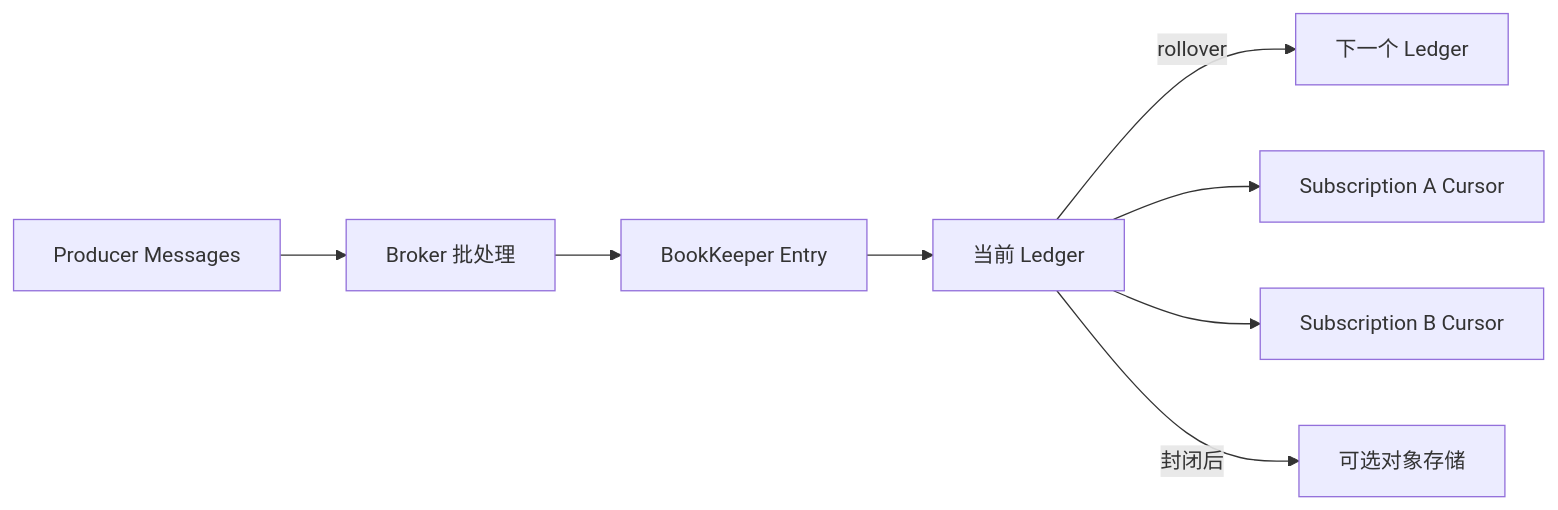
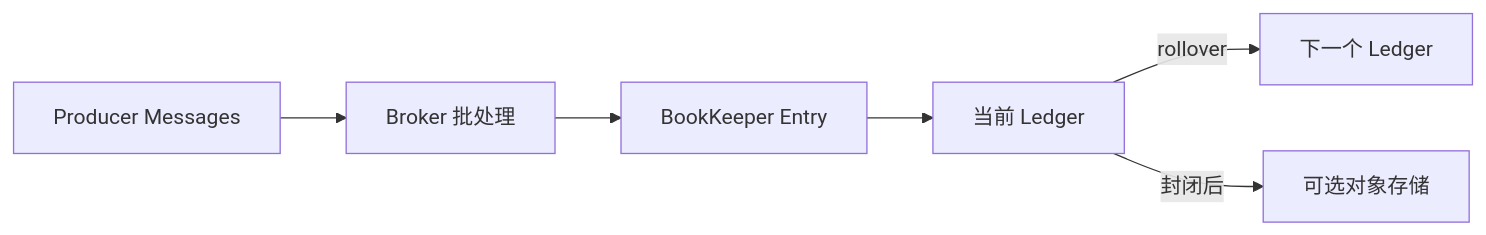
One commit to hotttao/backup changed the first of 10 diagrams in posts/microservices/queue/032_pulsar_message_queue_implementation.md. Above: the diagram before and after it, drawn with Mermaid. The commit also changed other lines of this file and 11 other files, not shown here.

````diff
--- a/posts/microservices/queue/032_pulsar_message_queue_implementation.md
+++ b/posts/microservices/queue/032_pulsar_message_queue_implementation.md
@@ -27,10 +27,8 @@
 ```mermaid
 flowchart LR
     P[Producer Messages] --> B[Broker 批处理]
     B --> E[BookKeeper Entry]
     E --> L1[当前 Ledger]
     L1 -->|rollover| L2[下一个 Ledger]
-    L1 --> C1[Subscription A Cursor]
-    L1 --> C2[Subscription B Cursor]
     L1 -->|封闭后| O[可选对象存储]
 ```
````
